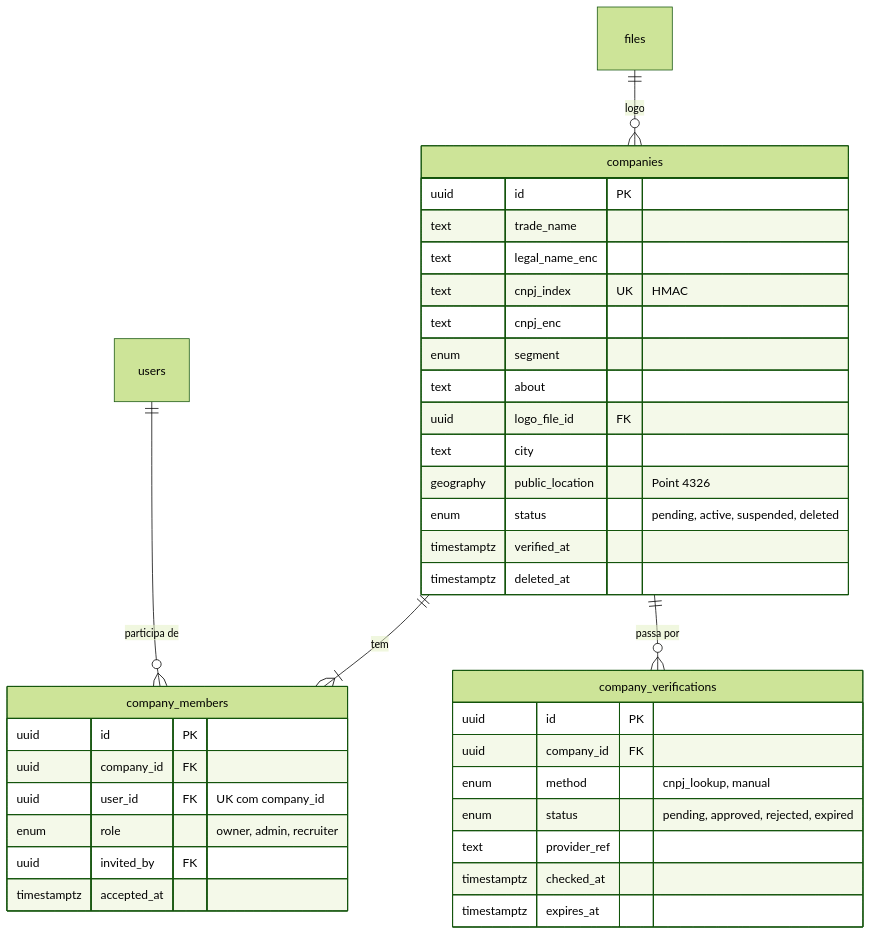
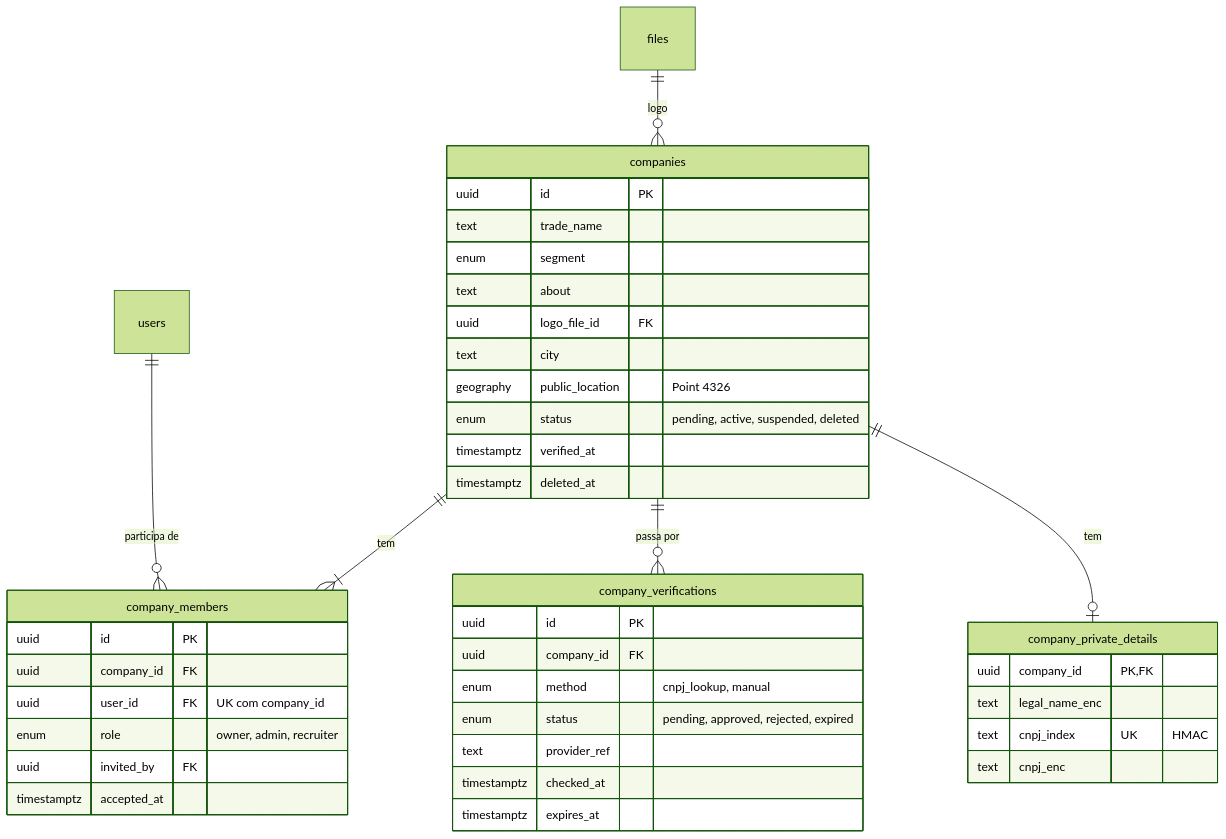
The fourth of 13 diagrams in docs/PLAN.md (marqluiz-iaeng/escala-app), drawn with Mermaid (forest theme) before and after one commit. The commit also changed other lines of this file and 11 other files, not shown here.

````diff
--- a/docs/PLAN.md
+++ b/docs/PLAN.md
@@ -275,39 +275,43 @@
 ```mermaid
 erDiagram
   users ||--o{ company_members : "participa de"
   companies ||--|{ company_members : "tem"
   companies ||--o{ company_verifications : "passa por"
+  companies ||--o| company_private_details : "tem"
   files ||--o{ companies : "logo"
+  company_private_details {
+    uuid company_id PK, FK
+    text legal_name_enc
+    text cnpj_index UK "HMAC"
+    text cnpj_enc
+  }
   companies {
     uuid id PK
     text trade_name
-    text legal_name_enc
-    text cnpj_index UK "HMAC"
-    text cnpj_enc
     enum segment
     text about
     uuid logo_file_id FK
     text city
     geography public_location "Point 4326"
     enum status "pending, active, suspended, deleted"
     timestamptz verified_at
     timestamptz deleted_at
   }
   company_members {
     uuid id PK
     uuid company_id FK
     uuid user_id FK "UK com company_id"
     enum role "owner, admin, recruiter"
     uuid invited_by FK
     timestamptz accepted_at
   }
   company_verifications {
     uuid id PK
     uuid company_id FK
     enum method "cnpj_lookup, manual"
     enum status "pending, approved, rejected, expired"
     text provider_ref
     timestamptz checked_at
     timestamptz expires_at
   }
 ```
````
